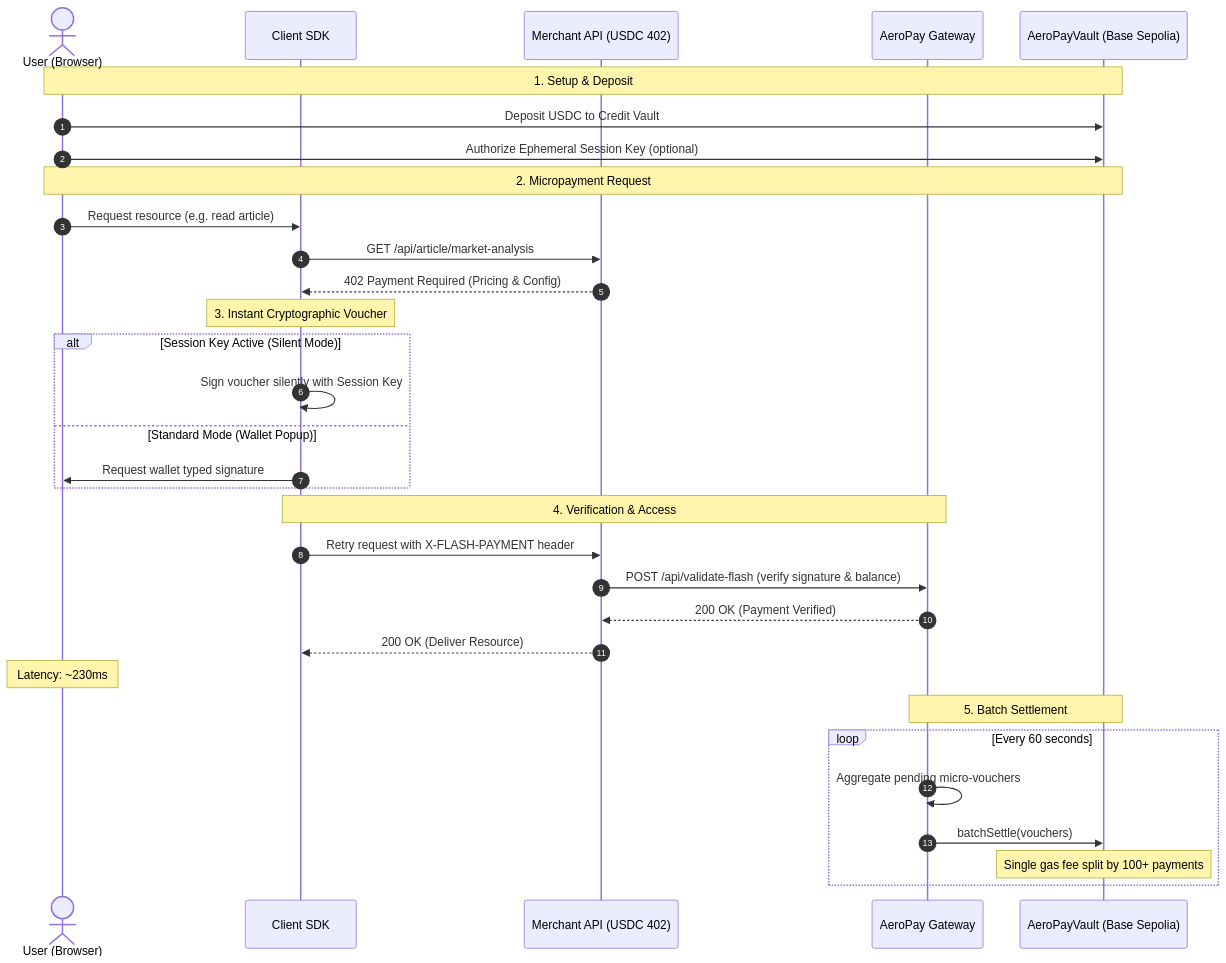
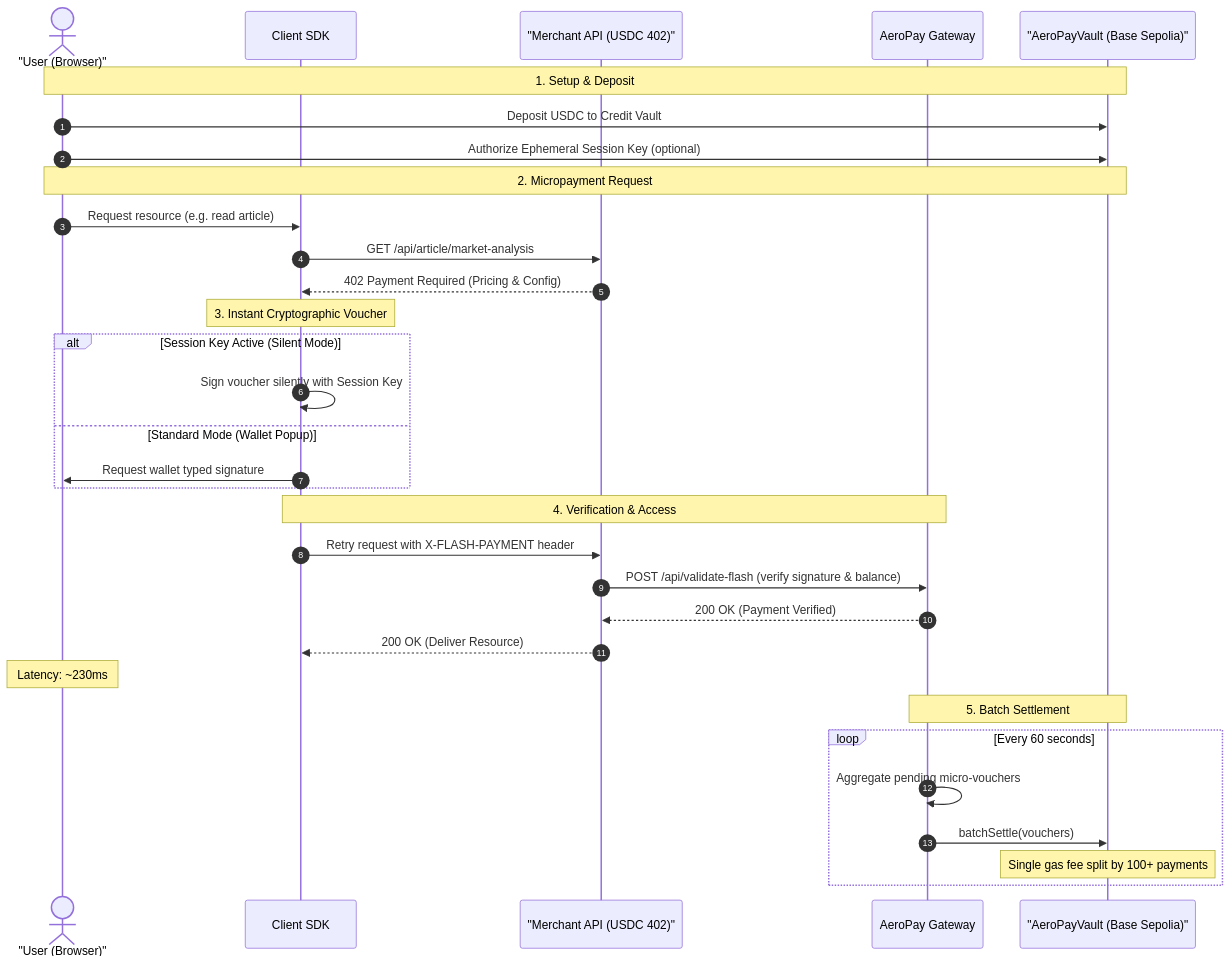
One commit to 0xsamalt/AeroPay changed the diagram in README.md. Above: the diagram before and after it, drawn with Mermaid.

Commit message:
docs: fix Mermaid syntax rendering in README.md

````diff
--- a/README.md
+++ b/README.md
@@ -13,39 +13,39 @@
 ```mermaid
 sequenceDiagram
     autonumber
-    actor User as User (Browser)
+    actor User as "User (Browser)"
     participant ClientSDK as Client SDK
-    participant Merchant as Merchant API (USDC 402)
+    participant Merchant as "Merchant API (USDC 402)"
     participant Gateway as AeroPay Gateway
-    participant Contract as AeroPayVault (Base Sepolia)
+    participant Contract as "AeroPayVault (Base Sepolia)"
 
     Note over User,Contract: 1. Setup & Deposit
     User->>Contract: Deposit USDC to Credit Vault
     User->>Contract: Authorize Ephemeral Session Key (optional)
 
     Note over User,Contract: 2. Micropayment Request
     User->>ClientSDK: Request resource (e.g. read article)
     ClientSDK->>Merchant: GET /api/article/market-analysis
     Merchant-->>ClientSDK: 402 Payment Required (Pricing & Config)
     
     Note over ClientSDK: 3. Instant Cryptographic Voucher
     alt Session Key Active (Silent Mode)
         ClientSDK->>ClientSDK: Sign voucher silently with Session Key
     else Standard Mode (Wallet Popup)
         ClientSDK->>User: Request wallet typed signature
     end
     
     Note over ClientSDK,Gateway: 4. Verification & Access
     ClientSDK->>Merchant: Retry request with X-FLASH-PAYMENT header
     Merchant->>Gateway: POST /api/validate-flash (verify signature & balance)
     Gateway-->>Merchant: 200 OK (Payment Verified)
     Merchant-->>ClientSDK: 200 OK (Deliver Resource)
     Note over User: Latency: ~230ms
     
     Note over Gateway,Contract: 5. Batch Settlement
     loop Every 60 seconds
         Gateway->>Gateway: Aggregate pending micro-vouchers
         Gateway->>Contract: batchSettle(vouchers)
         Note over Contract: Single gas fee split by 100+ payments
     end
 ```
````
